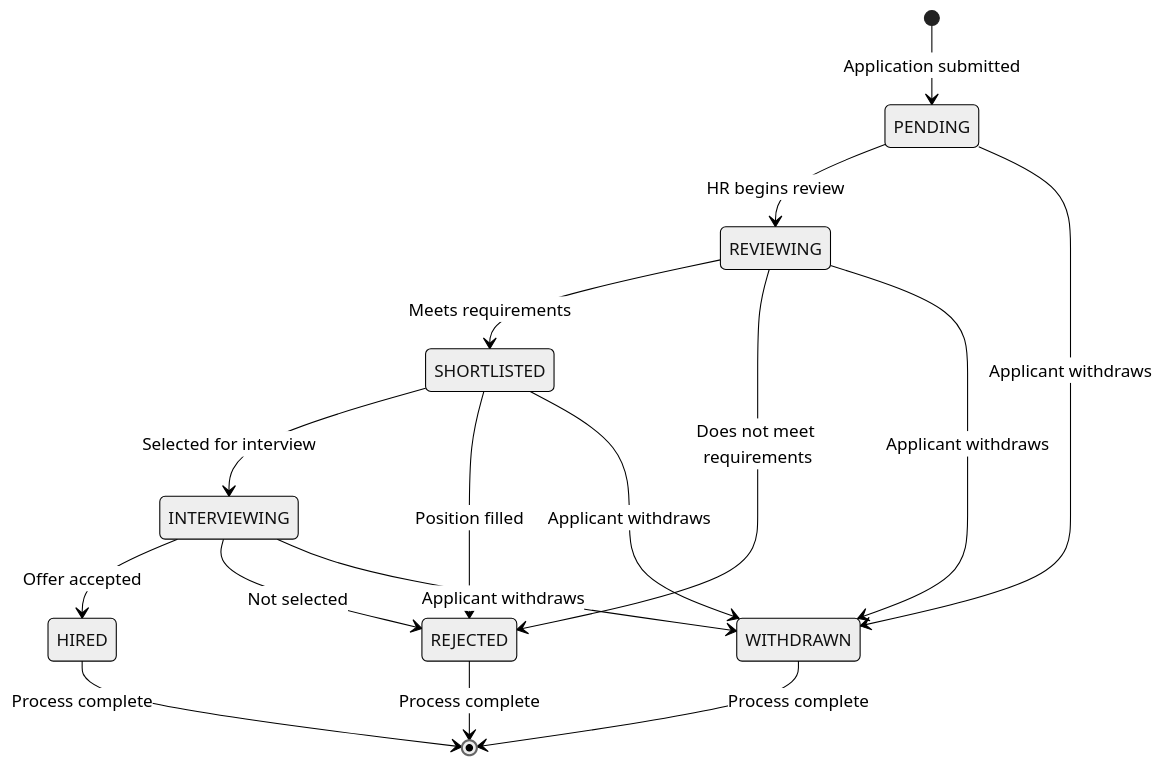
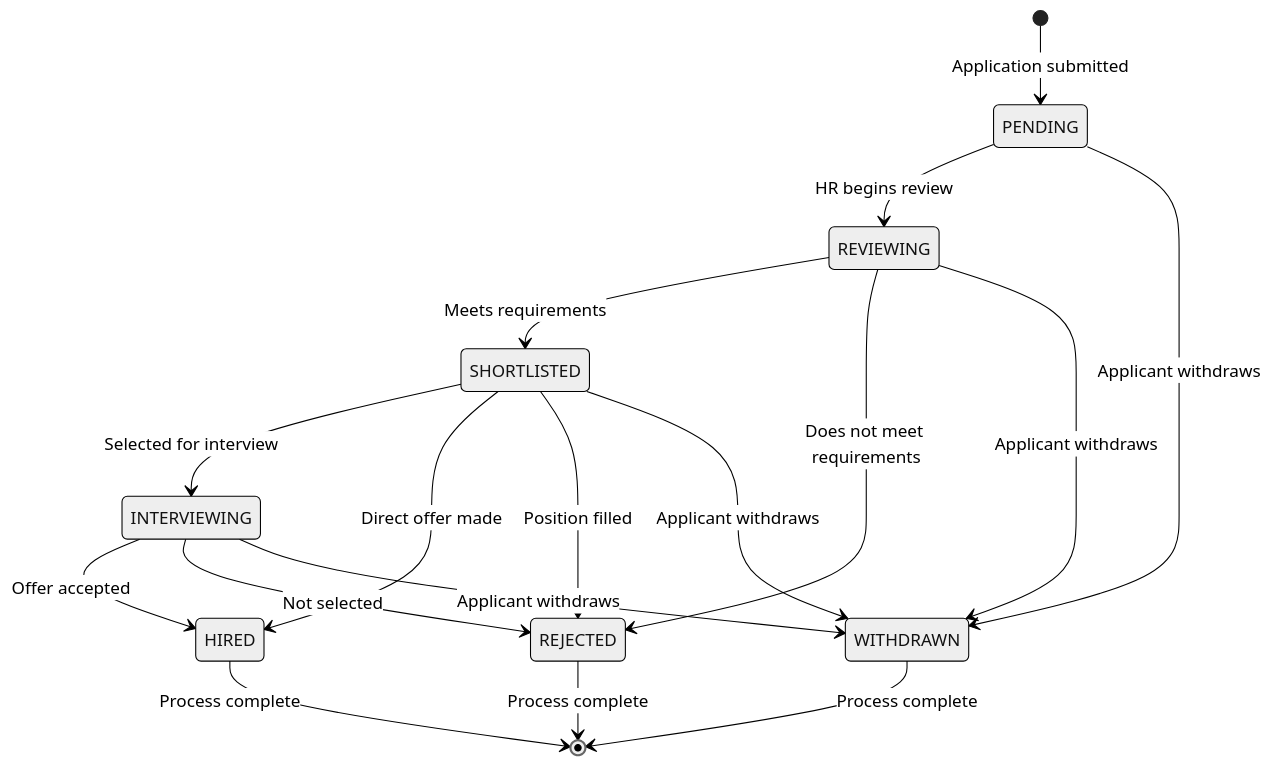
The diagram in JobApplicationStatusWorkflow.mmd (SkillChain-The-Reputation-System/Charts), drawn with Mermaid (neutral theme) before and after one commit. The commit also changed 1 other file, not shown here.

Commit message:
Add detailed architecture diagram for SkillChain application

```diff
--- a/JobApplicationStatusWorkflow.mmd
+++ b/JobApplicationStatusWorkflow.mmd
@@ -1,21 +1,22 @@
 stateDiagram-v2
     [*] --> PENDING : Application submitted
     
     PENDING --> REVIEWING : HR begins review
     PENDING --> WITHDRAWN : Applicant withdraws
     
     REVIEWING --> SHORTLISTED : Meets requirements
     REVIEWING --> REJECTED : Does not meet requirements
     REVIEWING --> WITHDRAWN : Applicant withdraws
     
     SHORTLISTED --> INTERVIEWING : Selected for interview
+    SHORTLISTED --> HIRED : Direct offer made
     SHORTLISTED --> REJECTED : Position filled
     SHORTLISTED --> WITHDRAWN : Applicant withdraws
     
     INTERVIEWING --> HIRED : Offer accepted
     INTERVIEWING --> REJECTED : Not selected
     INTERVIEWING --> WITHDRAWN : Applicant withdraws
     
     HIRED --> [*] : Process complete
     REJECTED --> [*] : Process complete
     WITHDRAWN --> [*] : Process complete
```
